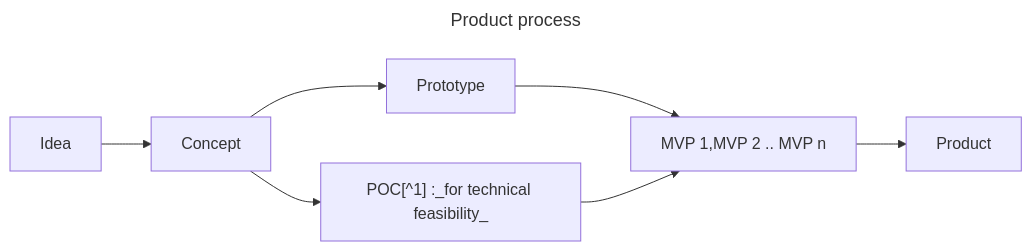
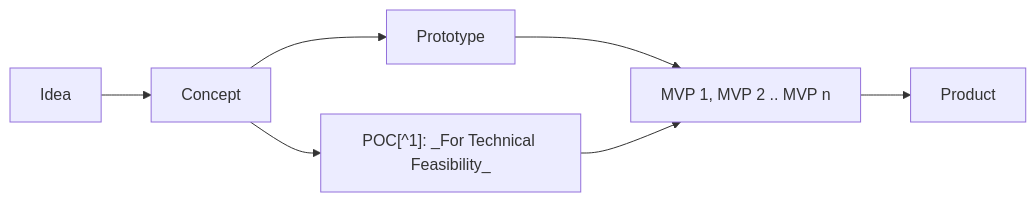
One commit to knatarasan/knatarasan.github.io changed the third of 3 diagrams in _posts/2025-07-03-this-is-prototype-book.md. Above: the diagram before and after it, drawn with Mermaid. The commit also changed other lines of this file and 1 other file, not shown here.

````diff
--- a/_posts/2025-07-03-this-is-prototype-book.md
+++ b/_posts/2025-07-03-this-is-prototype-book.md
@@ -94,11 +89,8 @@
 ```mermaid
----
-title: Product process
----
 flowchart LR
 Idea --> C[Concept] 
 C --> PT[Prototype] 
-C --> POC["POC[^1]" :_for technical feasibility_]
-PT --> MVP[MVP 1,MVP 2 .. MVP n]
+C --> POC["POC[^1]": _For Technical Feasibility_]
+PT --> MVP[MVP 1, MVP 2 .. MVP n]
 POC --> MVP --> Product
 ```
````
